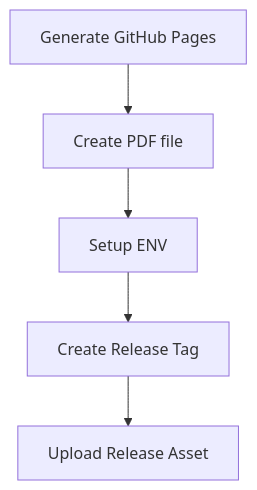
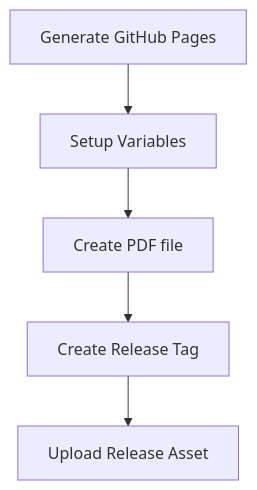
The diagram in README.md (doctor500/cv), drawn with Mermaid before and after one commit. The commit also changed 1 other file, not shown here.

````diff
--- a/README.md
+++ b/README.md
@@ -10,7 +10,7 @@
 ```mermaid
 graph TD;
-    A[Generate GitHub Pages]-->B[Create PDF file]
-    B[Create PDF file]-->C[Setup ENV]
-    C[Setup ENV]-->D[Create Release Tag]
+    A[Generate GitHub Pages]-->B[Setup Variables]
+    B[Setup Variables]-->C[Create PDF file]
+    C[Create PDF file]-->D[Create Release Tag]
     D[Create Release Tag]-->E[Upload Release Asset]
 ```
````
